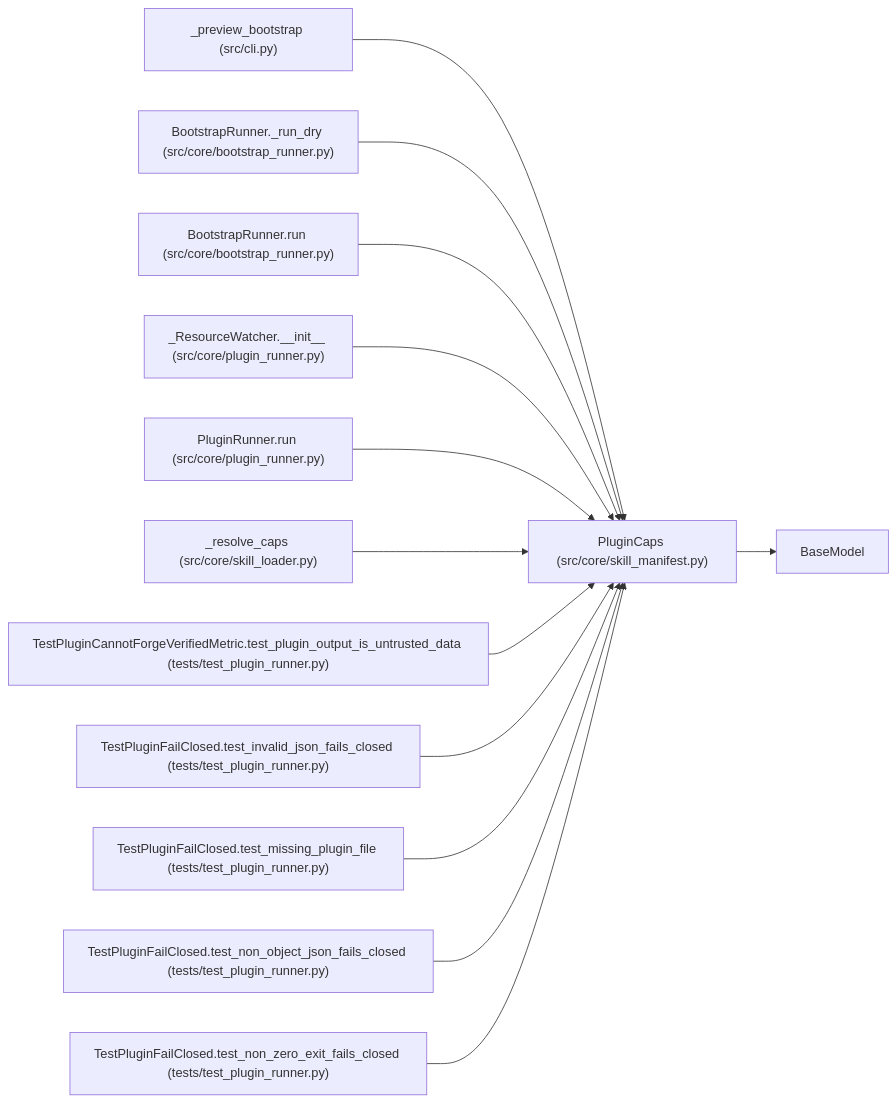
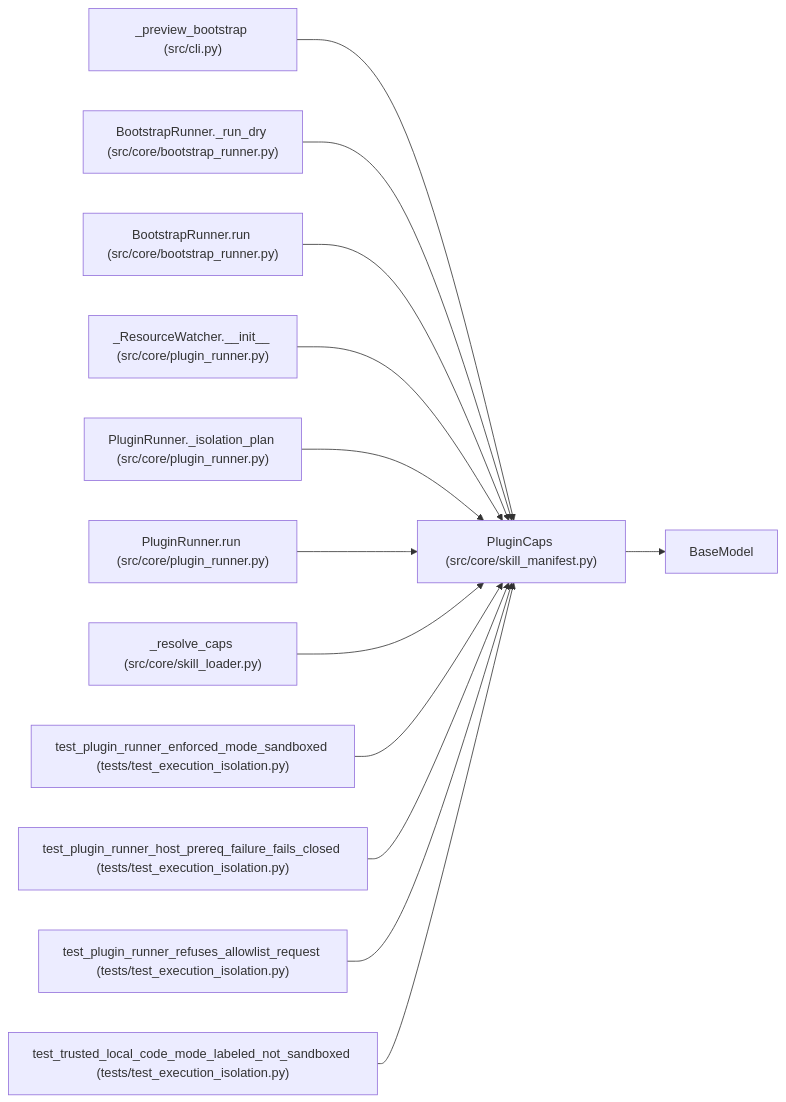
One commit to Denissvgn/autoresearch-agent changed the diagram in docs/llm_wiki/entities/PluginCaps.md. Above: the diagram before and after it, drawn with Mermaid. The commit also changed other lines of this file and 35 other files, not shown here.

Commit message:
docs(wiki): sync pages for the enforced process isolation boundary

````diff
--- a/docs/llm_wiki/entities/PluginCaps.md
+++ b/docs/llm_wiki/entities/PluginCaps.md
@@ -49,40 +49,40 @@
 ```mermaid
 flowchart LR
     n0["PluginCaps (src/core/skill_manifest.py)"]
     n1["BaseModel"]
     n2["_preview_bootstrap (src/cli.py)"]
     n3["BootstrapRunner._run_dry (src/core/bootstrap_runner.py)"]
     n4["BootstrapRunner.run (src/core/bootstrap_runner.py)"]
     n5["_ResourceWatcher.__init__ (src/core/plugin_runner.py)"]
-    n6["PluginRunner.run (src/core/plugin_runner.py)"]
-    n7["_resolve_caps (src/core/skill_loader.py)"]
-    n8["TestPluginCannotForgeVerifiedMetric.test_plugin_output_is_untrusted_data (tests/test_plugin_runner.py)"]
-    n9["TestPluginFailClosed.test_invalid_json_fails_closed (tests/test_plugin_runner.py)"]
-    n10["TestPluginFailClosed.test_missing_plugin_file (tests/test_plugin_runner.py)"]
-    n11["TestPluginFailClosed.test_non_object_json_fails_closed (tests/test_plugin_runner.py)"]
-    n12["TestPluginFailClosed.test_non_zero_exit_fails_closed (tests/test_plugin_runner.py)"]
+    n6["PluginRunner._isolation_plan (src/core/plugin_runner.py)"]
+    n7["PluginRunner.run (src/core/plugin_runner.py)"]
+    n8["_resolve_caps (src/core/skill_loader.py)"]
+    n9["test_plugin_runner_enforced_mode_sandboxed (tests/test_execution_isolation.py)"]
+    n10["test_plugin_runner_host_prereq_failure_fails_closed (tests/test_execution_isolation.py)"]
+    n11["test_plugin_runner_refuses_allowlist_request (tests/test_execution_isolation.py)"]
+    n12["test_trusted_local_code_mode_labeled_not_sandboxed (tests/test_execution_isolation.py)"]
     n0 --> n1
     n2 --> n0
     n3 --> n0
     n4 --> n0
     n5 --> n0
     n6 --> n0
     n7 --> n0
     n8 --> n0
     n9 --> n0
     n10 --> n0
     n11 --> n0
     n12 --> n0
     click n0 "../modules/skill_manifest.md"
     click n2 "../modules/cli.md"
     click n3 "../modules/bootstrap_runner.md"
     click n4 "../modules/bootstrap_runner.md"
     click n5 "../modules/plugin_runner.md"
     click n6 "../modules/plugin_runner.md"
-    click n7 "../modules/skill_loader.md"
-    click n8 "../modules/test_plugin_runner.md"
-    click n9 "../modules/test_plugin_runner.md"
-    click n10 "../modules/test_plugin_runner.md"
-    click n11 "../modules/test_plugin_runner.md"
-    click n12 "../modules/test_plugin_runner.md"
+    click n7 "../modules/plugin_runner.md"
+    click n8 "../modules/skill_loader.md"
+    click n9 "../modules/test_execution_isolation.md"
+    click n10 "../modules/test_execution_isolation.md"
+    click n11 "../modules/test_execution_isolation.md"
+    click n12 "../modules/test_execution_isolation.md"
 ```
````
